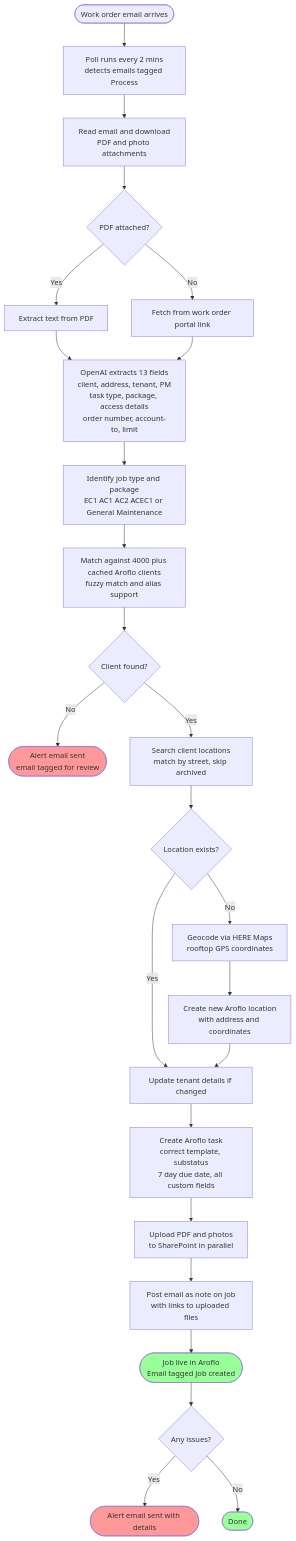
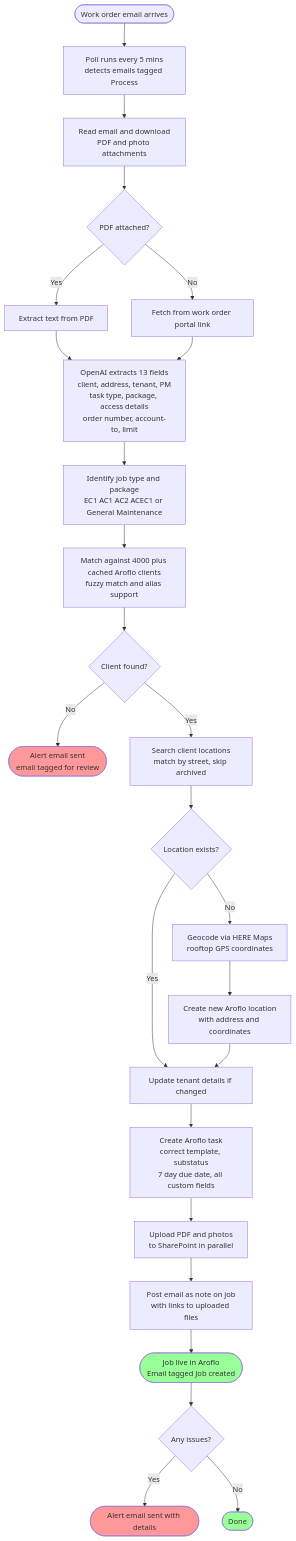
The diagram in DIAGRAM.md (Bara-Electrical/workorder-emails), drawn with Mermaid before and after one commit. The commit also changed 1 other file, not shown here.

Commit message:
Poll workorders inbox for Bara AI tag instead of GRAPH_RECIPIENT env var

````diff
--- a/DIAGRAM.md
+++ b/DIAGRAM.md
@@ -3,34 +3,34 @@
 ```mermaid
 flowchart TD
     A([Work order email arrives]) --> B
-    B[Poll runs every 2 mins\ndetects emails tagged Process] --> C
+    B[Poll runs every 5 mins\ndetects emails tagged Process] --> C
     C[Read email and download\nPDF and photo attachments] --> D
     D{PDF attached?}
     D -- Yes --> E[Extract text from PDF]
     D -- No --> F[Fetch from work order portal link]
     E --> G
     F --> G
     G[OpenAI extracts 13 fields\nclient, address, tenant, PM\ntask type, package, access details\norder number, account-to, limit] --> H
     H[Identify job type and package\nEC1 AC1 AC2 ACEC1 or General Maintenance] --> I
     I[Match against 4000 plus cached Aroflo clients\nfuzzy match and alias support] --> J
     J{Client found?}
     J -- No --> K([Alert email sent\nemail tagged for review])
     J -- Yes --> L
     L[Search client locations\nmatch by street, skip archived] --> M
     M{Location exists?}
     M -- Yes --> N[Update tenant details if changed]
     M -- No --> O[Geocode via HERE Maps\nrooftop GPS coordinates]
     O --> P[Create new Aroflo location\nwith address and coordinates]
     P --> N
     N --> Q[Create Aroflo task\ncorrect template, substatus\n7 day due date, all custom fields]
     Q --> R[Upload PDF and photos\nto SharePoint in parallel]
     R --> S[Post email as note on job\nwith links to uploaded files]
     S --> T([Job live in Aroflo\nEmail tagged Job created])
     T --> U{Any issues?}
     U -- Yes --> V([Alert email sent with details])
     U -- No --> W([Done])
     style K fill:#ff9999
     style V fill:#ff9999
     style T fill:#99ff99
     style W fill:#99ff99
 ```
````
